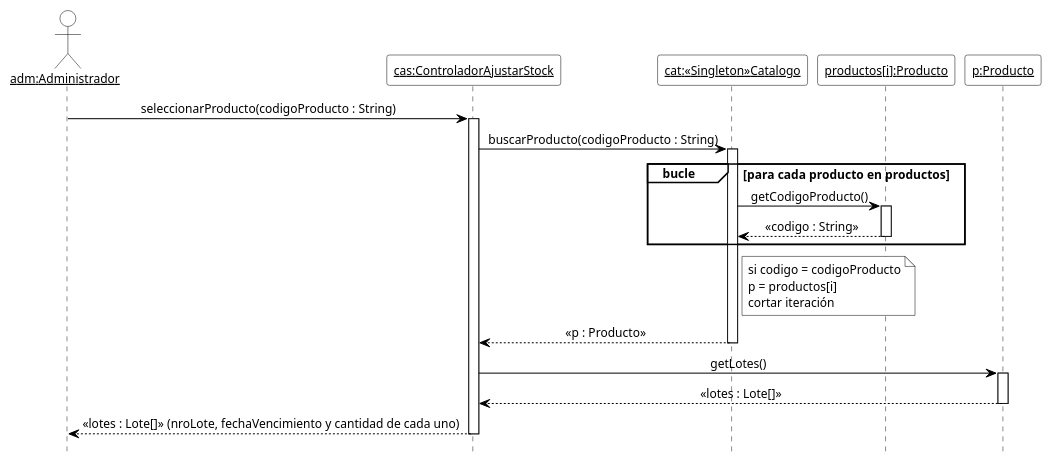
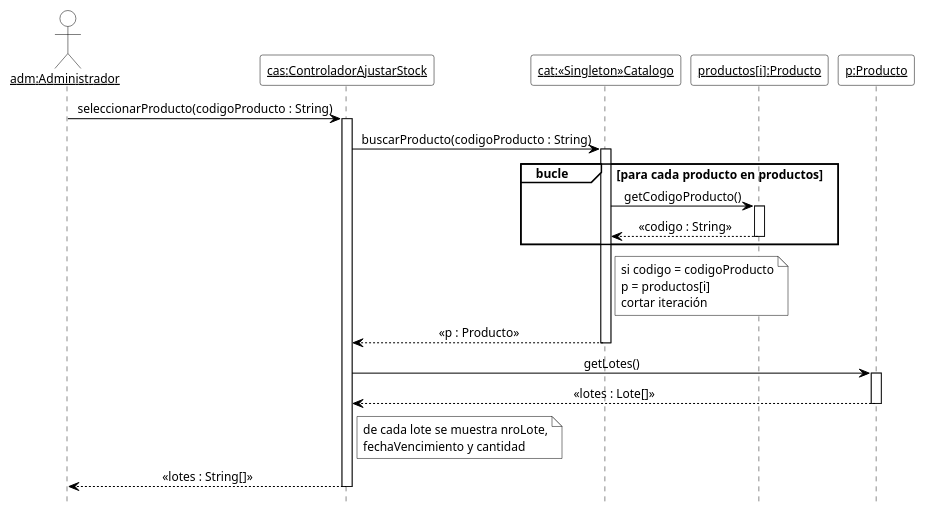
Before and after one commit to cirotop/Stock-Project: diagram 12 of 18 in 08-Diagrama De Secuencia/Diagramas_de_Secuencia.md, drawn with PlantUML. The commit also changed other lines of this file and 22 other files, not shown here.

````diff
--- a/08-Diagrama De Secuencia/Diagramas_de_Secuencia.md
+++ b/08-Diagrama De Secuencia/Diagramas_de_Secuencia.md
@@ -829,48 +808,49 @@
 ```plantuml
 @startuml DSD_CU-06_seleccionarProducto
 ' Diagrama de Secuencia de Diseño (DSD) - CU-06 Ajustar stock - seleccionarProducto
 ' Estilo de los ejemplos de la teoría (introducirArticulo / crearNuevaVenta).
 hide footbox
 skinparam shadowing false
 skinparam defaultFontName Arial
 skinparam defaultFontSize 12
 skinparam sequenceMessageAlign center
 skinparam ArrowColor black
 skinparam ParticipantBackgroundColor white
 skinparam ParticipantBorderColor black
 skinparam CollectionsBackgroundColor white
 skinparam CollectionsBorderColor black
 skinparam ActorBackgroundColor white
 skinparam ActorBorderColor black
 skinparam LifeLineBorderColor black
 skinparam LifeLineBackgroundColor white
 skinparam SequenceGroupBackgroundColor white
 skinparam SequenceGroupBorderColor black
 skinparam SequenceGroupHeaderFontColor black
 skinparam NoteBackgroundColor white
 skinparam NoteBorderColor black
 
 actor "<u>adm:Administrador</u>" as adm
 participant "<u>cas:ControladorAjustarStock</u>" as cas
 participant "<u>cat:«Singleton»Catalogo</u>" as cat
 participant "<u>productos[i]:Producto</u>" as pi
 participant "<u>p:Producto</u>" as p
 
 adm -> cas ++ : seleccionarProducto(codigoProducto : String)
 cas -> cat ++ : buscarProducto(codigoProducto : String)
 group bucle [para cada producto en productos]
   cat -> pi ++ : getCodigoProducto()
   pi --> cat -- : «codigo : String»
 end
 note right of cat
   si codigo = codigoProducto
   p = productos[i]
   cortar iteración
 end note
 cat --> cas -- : «p : Producto»
 cas -> p ++ : getLotes()
 p --> cas -- : «lotes : Lote[]»
-cas --> adm -- : «lotes : Lote[]» (nroLote, fechaVencimiento y cantidad de cada uno)
+note right of cas : de cada lote se muestra nroLote,\nfechaVencimiento y cantidad
+cas --> adm -- : «lotes : String[]»
 
 @enduml
 ```
````
